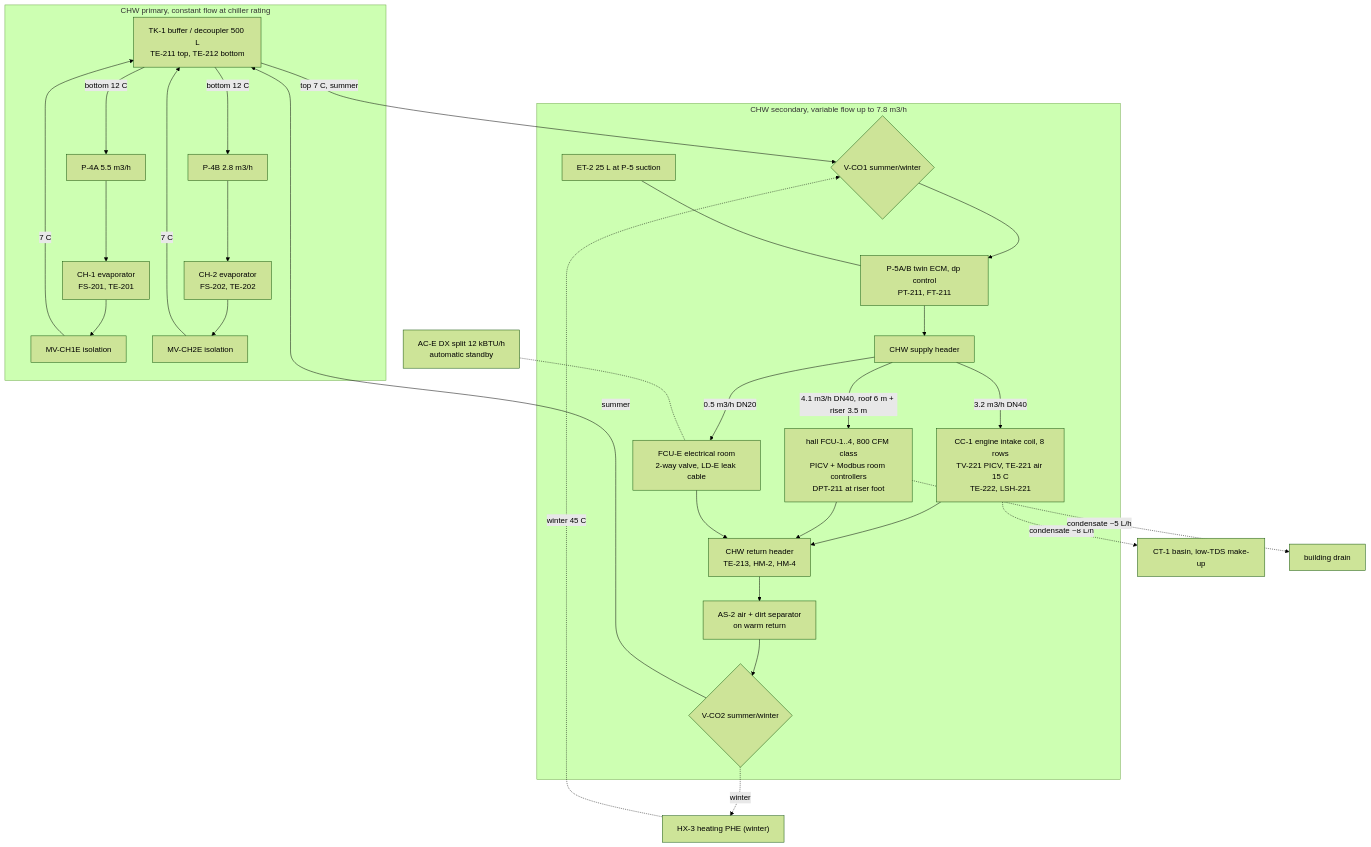
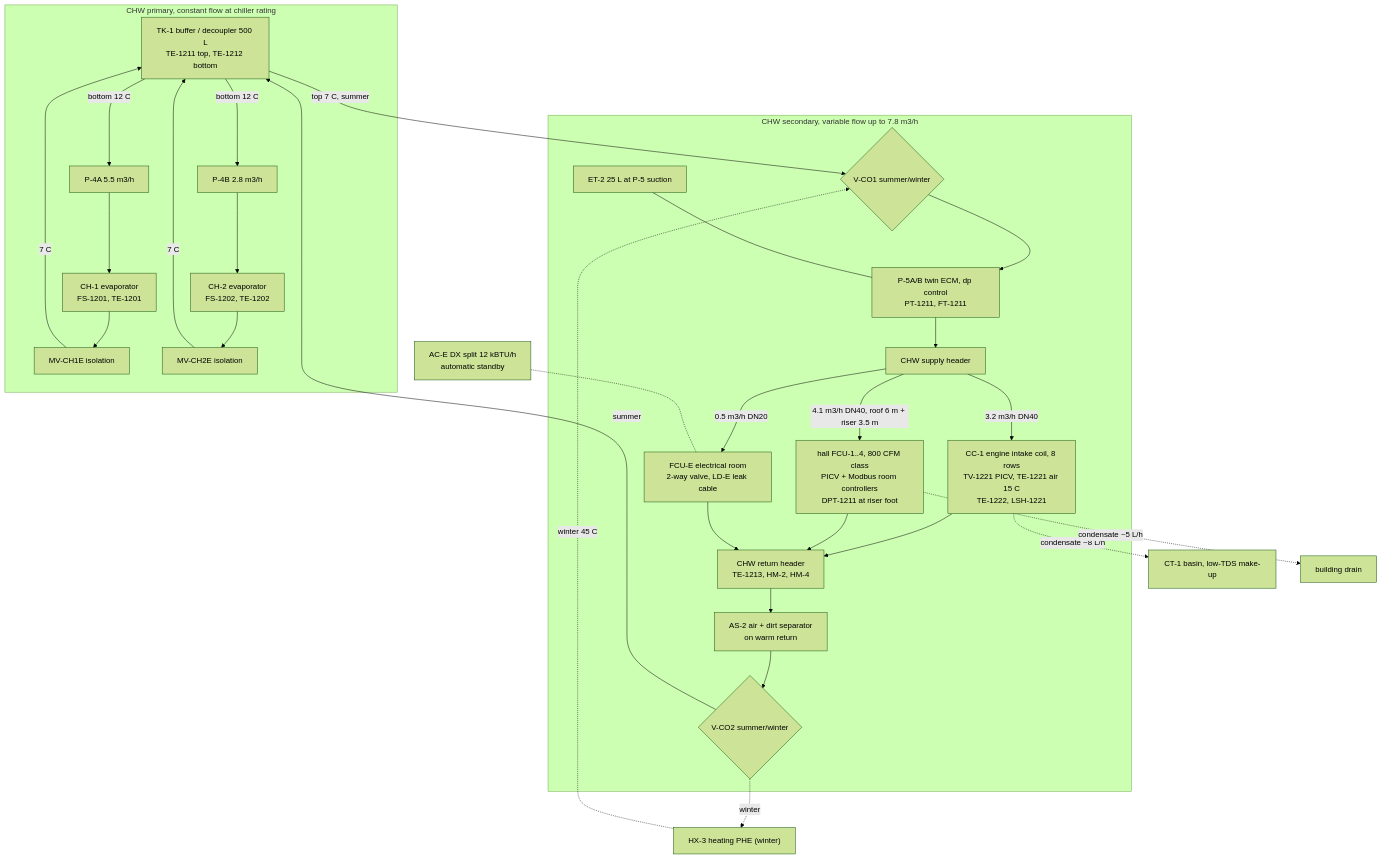
Before and after one commit to ahmadreza221/aurora-cchp: the third of 4 diagrams in docs/hvac/01_pid.md, drawn with Mermaid (forest theme). The commit also changed other lines of this file and 19 other files, not shown here.

````diff
--- a/docs/hvac/01_pid.md
+++ b/docs/hvac/01_pid.md
@@ -124,50 +124,50 @@
 ```mermaid
 flowchart TB
   subgraph PRI["CHW primary, constant flow at chiller rating"]
-    TK1["TK-1 buffer / decoupler 500 L<br/>TE-211 top, TE-212 bottom"]
+    TK1["TK-1 buffer / decoupler 500 L<br/>TE-1211 top, TE-1212 bottom"]
     P4A["P-4A 5.5 m3/h"]
-    E1["CH-1 evaporator<br/>FS-201, TE-201"]
+    E1["CH-1 evaporator<br/>FS-1201, TE-1201"]
     MV1["MV-CH1E isolation"]
     P4B["P-4B 2.8 m3/h"]
-    E2["CH-2 evaporator<br/>FS-202, TE-202"]
+    E2["CH-2 evaporator<br/>FS-1202, TE-1202"]
     MV2["MV-CH2E isolation"]
     P4A --> E1 --> MV1
     P4B --> E2 --> MV2
   end
   subgraph SEC["CHW secondary, variable flow up to 7.8 m3/h"]
     VCO1{"V-CO1 summer/winter"}
-    P5["P-5A/B twin ECM, dp control<br/>PT-211, FT-211"]
+    P5["P-5A/B twin ECM, dp control<br/>PT-1211, FT-1211"]
     AS2["AS-2 air + dirt separator<br/>on warm return"]
     ET2["ET-2 25 L at P-5 suction"]
     HDR["CHW supply header"]
-    CC1["CC-1 engine intake coil, 8 rows<br/>TV-221 PICV, TE-221 air 15 C<br/>TE-222, LSH-221"]
-    HALL["hall FCU-1..4, 800 CFM class<br/>PICV + Modbus room controllers<br/>DPT-211 at riser foot"]
+    CC1["CC-1 engine intake coil, 8 rows<br/>TV-1221 PICV, TE-1221 air 15 C<br/>TE-1222, LSH-1221"]
+    HALL["hall FCU-1..4, 800 CFM class<br/>PICV + Modbus room controllers<br/>DPT-1211 at riser foot"]
     FCUE["FCU-E electrical room<br/>2-way valve, LD-E leak cable"]
-    RET["CHW return header<br/>TE-213, HM-2, HM-4"]
+    RET["CHW return header<br/>TE-1213, HM-2, HM-4"]
     VCO2{"V-CO2 summer/winter"}
     VCO1 --> P5 --> HDR
     ET2 --- P5
     HDR -->|"3.2 m3/h DN40"| CC1
     HDR -->|"4.1 m3/h DN40, roof 6 m + riser 3.5 m"| HALL
     HDR -->|"0.5 m3/h DN20"| FCUE
     CC1 --> RET
     HALL --> RET
     FCUE --> RET
     RET --> AS2 --> VCO2
   end
   HX3["HX-3 heating PHE (winter)"]
   BASIN["CT-1 basin, low-TDS make-up"]
   DRAIN["building drain"]
   ACE["AC-E DX split 12 kBTU/h<br/>automatic standby"]
   TK1 -->|"bottom 12 C"| P4A
   TK1 -->|"bottom 12 C"| P4B
   MV1 -->|"7 C"| TK1
   MV2 -->|"7 C"| TK1
   TK1 -->|"top 7 C, summer"| VCO1
   HX3 -.->|"winter 45 C"| VCO1
   VCO2 -->|"summer"| TK1
   VCO2 -.->|"winter"| HX3
   CC1 -.->|"condensate ~8 L/h"| BASIN
   HALL -.->|"condensate ~5 L/h"| DRAIN
   ACE -.- FCUE
 ```
````
